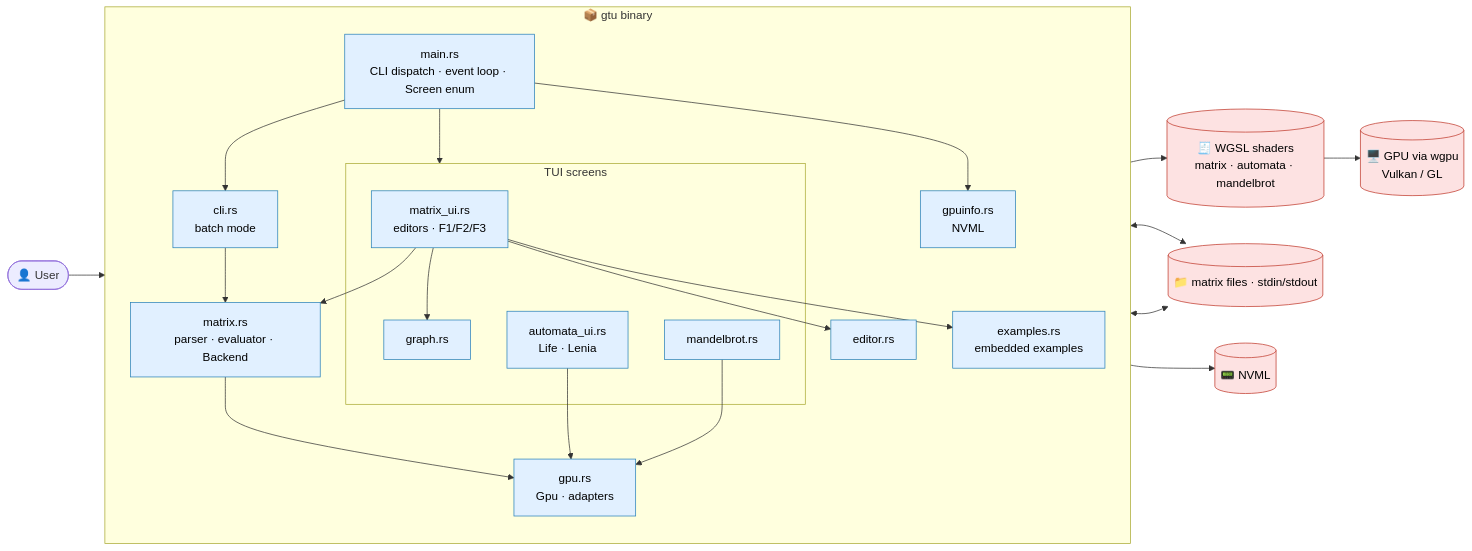
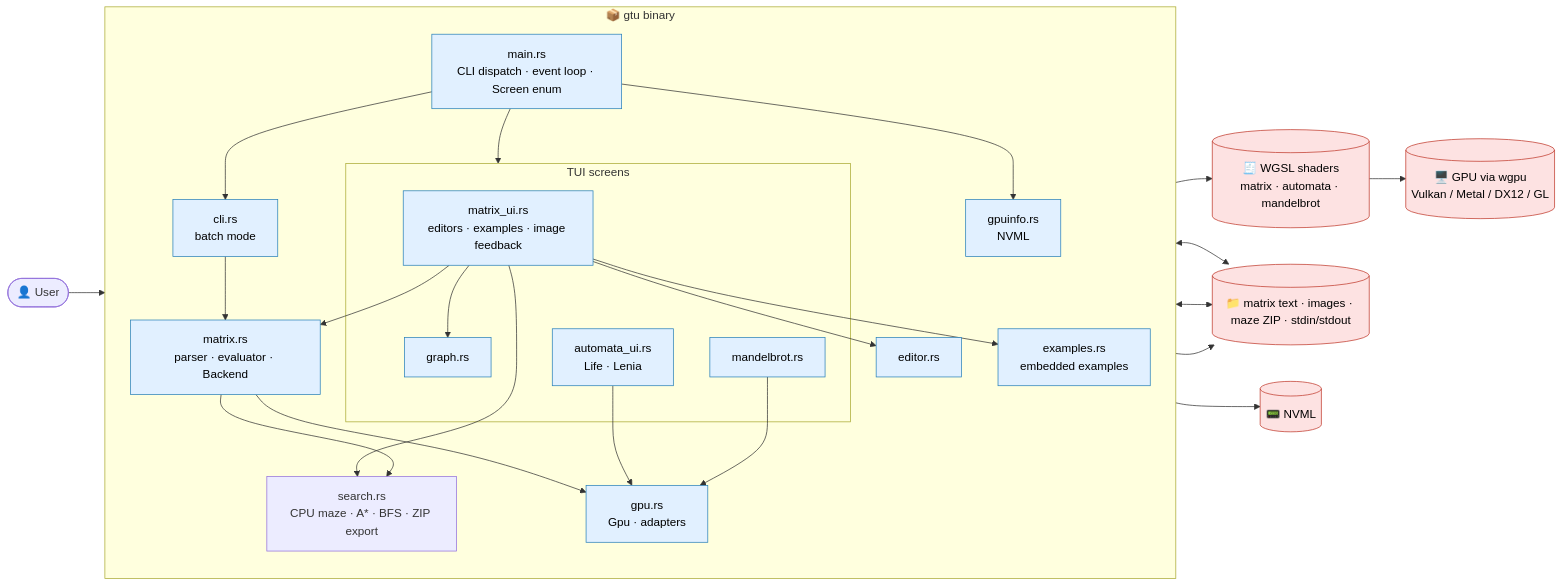
One commit to emiltomov/gpu-task-executor changed the diagram in arch-readme.md. Above: the diagram before and after it, drawn with Mermaid. The commit also changed other lines of this file and 1 other file, not shown here.

Commit message:
-  document all examples and refresh architecture (#5)

````diff
--- a/arch-readme.md
+++ b/arch-readme.md
@@ -55,41 +55,45 @@
 ```mermaid
 flowchart LR
     USER(["👤 User"])
     subgraph BIN["📦 gtu binary"]
         direction TB
         MAIN["main.rs<br/>CLI dispatch · event loop · Screen enum"]
         CLI["cli.rs<br/>batch mode"]
         subgraph UI["TUI screens"]
-            MUI["matrix_ui.rs<br/>editors · F1/F2/F3"]
+            MUI["matrix_ui.rs<br/>editors · examples · image feedback"]
             AUI["automata_ui.rs<br/>Life · Lenia"]
             MB["mandelbrot.rs"]
             GR["graph.rs"]
         end
         MAT["matrix.rs<br/>parser · evaluator · Backend"]
+        SEARCH["search.rs<br/>CPU maze · A* · BFS · ZIP export"]
         EX["examples.rs<br/>embedded examples"]
         ED["editor.rs"]
         GPU["gpu.rs<br/>Gpu · adapters"]
         INFO["gpuinfo.rs<br/>NVML"]
         MAIN --> CLI --> MAT
         MAIN --> UI
         MUI --> MAT & ED & EX & GR
+        MUI --> SEARCH
+        MAT --> SEARCH
         MAT --> GPU
         AUI --> GPU
         MB --> GPU
         MAIN --> INFO
     end
     SH[("🧾 WGSL shaders<br/>matrix · automata · mandelbrot")]
-    DEV[("🖥️ GPU via wgpu<br/>Vulkan / GL")]
-    FILES[("📁 matrix files · stdin/stdout")]
+    DEV[("🖥️ GPU via wgpu<br/>Vulkan / Metal / DX12 / GL")]
+    FILES[("📁 matrix text · images · maze ZIP · stdin/stdout")]
     NVML[("📟 NVML")]
 
     USER --> MAIN
     GPU --> SH --> DEV
     CLI & MUI <--> FILES
+    SEARCH --> FILES
     INFO --> NVML
 
     classDef ext fill:#fde2e2,stroke:#c0392b,color:#000;
     classDef core fill:#e1f0ff,stroke:#2980b9,color:#000;
     class SH,DEV,FILES,NVML ext;
     class MAIN,CLI,MUI,AUI,MB,GR,MAT,EX,ED,GPU,INFO core;
 ```
````
